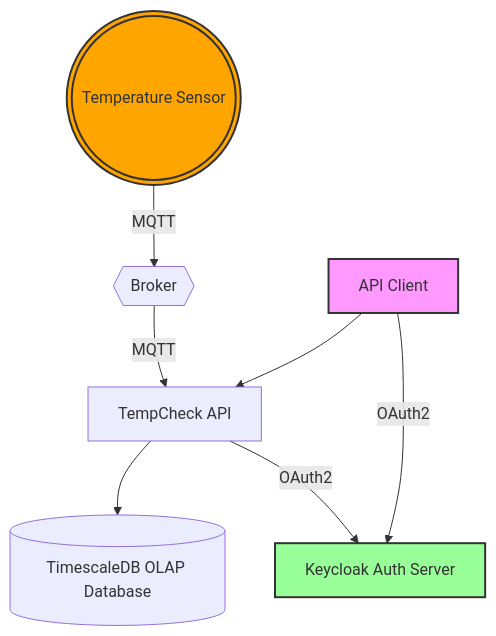
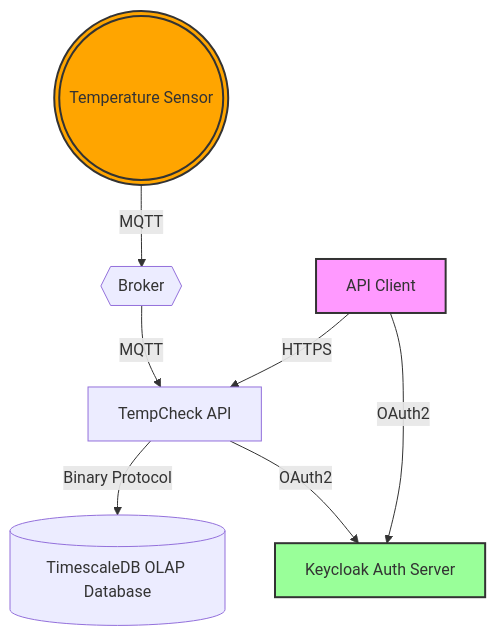
Before and after one commit to markusvaikjarv/tempcheck-api: the diagram in README.md, drawn with Mermaid.

````diff
--- a/README.md
+++ b/README.md
@@ -13,13 +13,13 @@
 ```mermaid
 graph TD
     A(((Temperature Sensor))) -- "MQTT" --> B{{Broker}};
     B -- "MQTT" --> C[TempCheck API];
-    C --> D[(TimescaleDB OLAP Database)];
-    E[API Client] --> C;
+    C -- Binary Protocol --> D[(TimescaleDB OLAP Database)];
+    E[API Client] -- "HTTPS" --> C;
     C -- "OAuth2" --> G[Keycloak Auth Server];
     E -- "OAuth2" --> G;
 
     style A fill:#ffa500,stroke:#333,stroke-width:2px;
     style E fill:#f9f,stroke:#333,stroke-width:2px;
     style G fill:#9f9,stroke:#333,stroke-width:2px;
 ```
````
